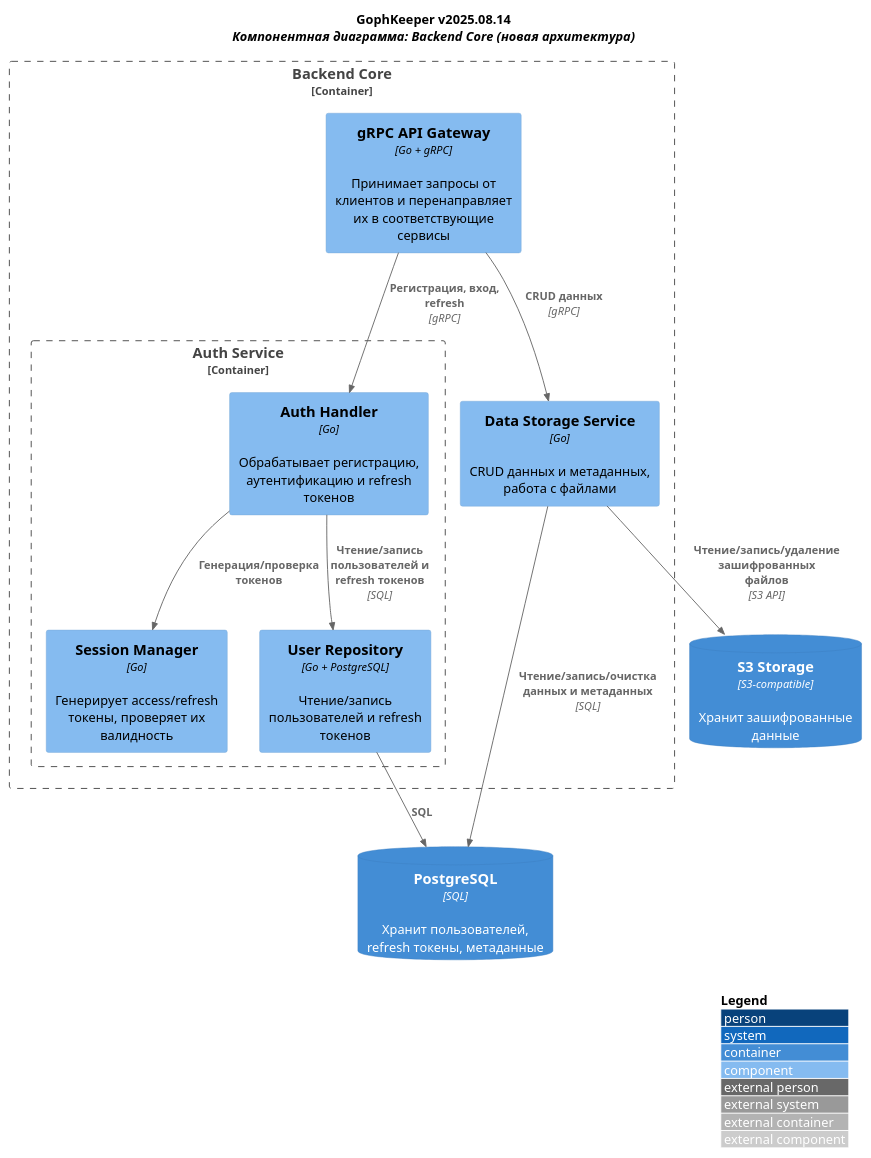
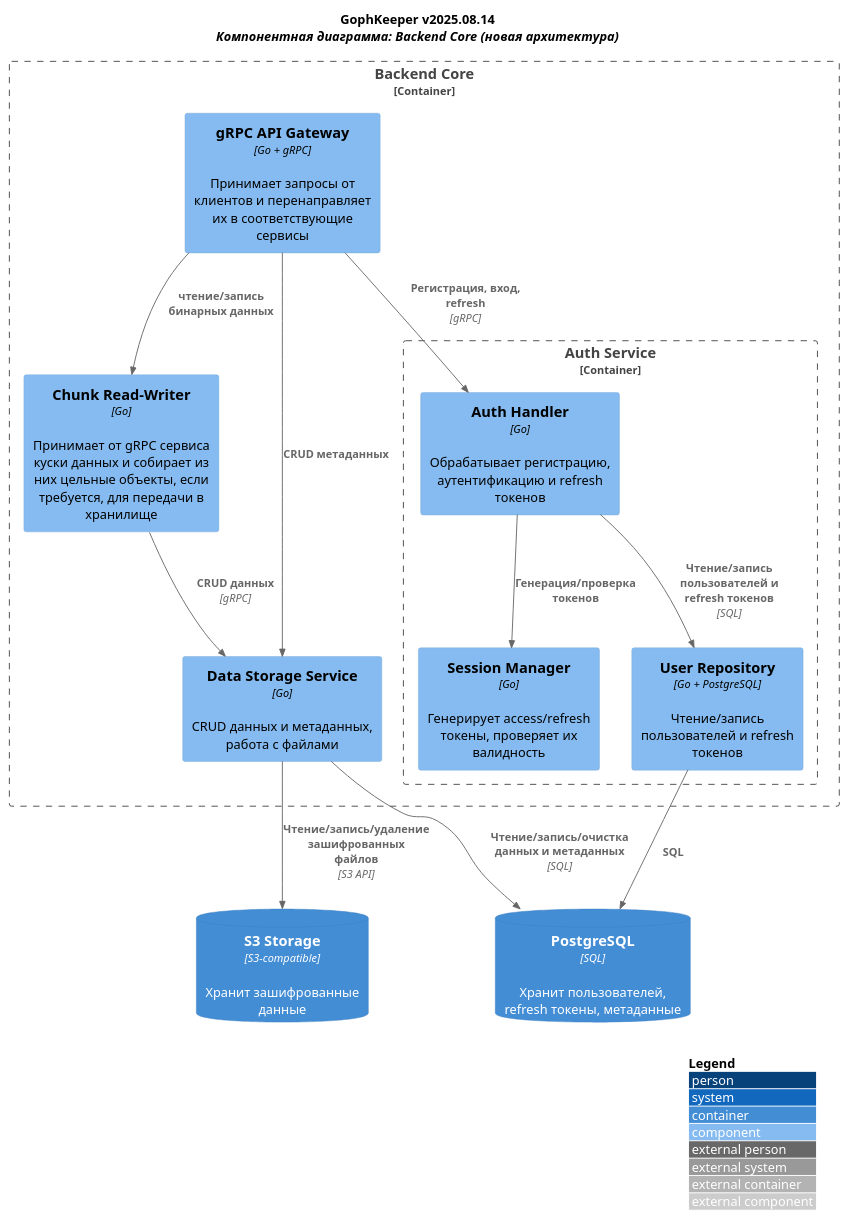
One commit to talx-hub/gophkeeper changed the diagram in docs/c4-component-view-server.puml. Above: the diagram before and after it, drawn with PlantUML. The commit also changed 18 other files, not shown here.

```diff
--- a/docs/c4-component-view-server.puml
+++ b/docs/c4-component-view-server.puml
@@ -1,40 +1,43 @@
 @startuml
 !include https://raw.githubusercontent.com/plantuml-stdlib/C4-PlantUML/master/C4_Component.puml
 
 LAYOUT_WITH_LEGEND()
 LAYOUT_TOP_DOWN()
 
 title
   <b>GophKeeper v2025.08.14</b>
   <i>Компонентная диаграмма: Backend Core (новая архитектура)</i>
 end title
 
 ' ==== Компоненты ядра ====
 Container_Boundary(backend_core, "Backend Core"){
   Component(api_gateway, "gRPC API Gateway", "Go + gRPC", "Принимает запросы от клиентов и перенаправляет их в соответствующие сервисы")
-
+  Component(chunker, "Chunk Read-Writer", "Go", "Принимает от gRPC сервиса куски данных и собирает из них цельные объекты, если требуется, для передачи в хранилище")
   Container_Boundary(auth_boundary, "Auth Service"){
     Component(auth_handler, "Auth Handler", "Go", "Обрабатывает регистрацию, аутентификацию и refresh токенов")
     Component(session_manager, "Session Manager", "Go", "Генерирует access/refresh токены, проверяет их валидность")
     Component(auth_repo, "User Repository", "Go + PostgreSQL", "Чтение/запись пользователей и refresh токенов")
   }
 
   Component(data_service, "Data Storage Service", "Go", "CRUD данных и метаданных, работа с файлами")
 }
 
 ' ==== Внешние системы ====
 ContainerDb(pg_db, "PostgreSQL", "SQL", "Хранит пользователей, refresh токены, метаданные")
 ContainerDb(s3_store, "S3 Storage", "S3-compatible", "Хранит зашифрованные данные")
 
 ' ==== Взаимодействия ====
 Rel(api_gateway, auth_handler, "Регистрация, вход, refresh", "gRPC")
-Rel(api_gateway, data_service, "CRUD данных", "gRPC")
+Rel(api_gateway, chunker, "чтение/запись бинарных данных")
+Rel(api_gateway, data_service, "CRUD метаданных")
+
+Rel(chunker, data_service, "CRUD данных", "gRPC")
 
 Rel(auth_handler, auth_repo, "Чтение/запись пользователей и refresh токенов", "SQL")
 Rel(auth_handler, session_manager, "Генерация/проверка токенов")
 Rel(auth_repo, pg_db, "SQL")
 
 Rel(data_service, pg_db, "Чтение/запись/очистка данных и метаданных", "SQL")
 Rel(data_service, s3_store, "Чтение/запись/удаление зашифрованных файлов", "S3 API")
 
 @enduml
```
